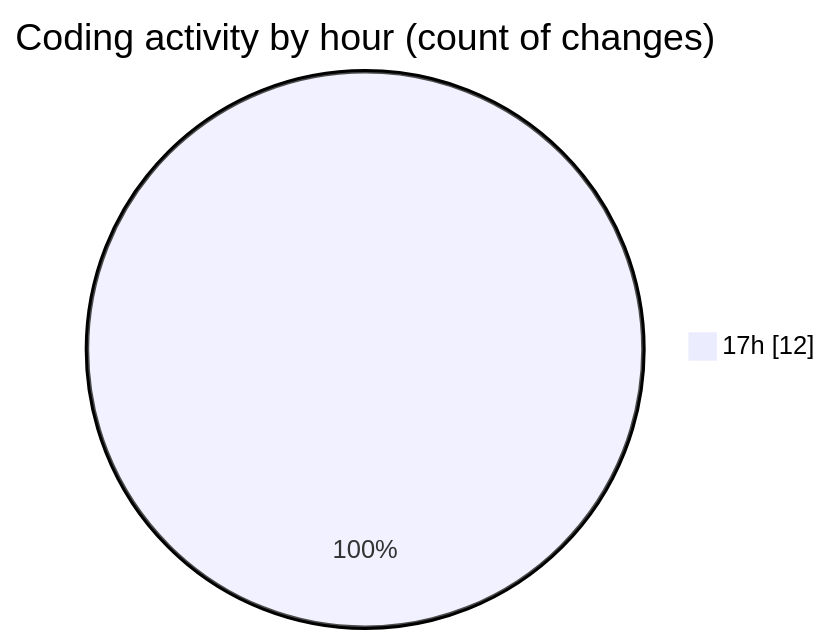
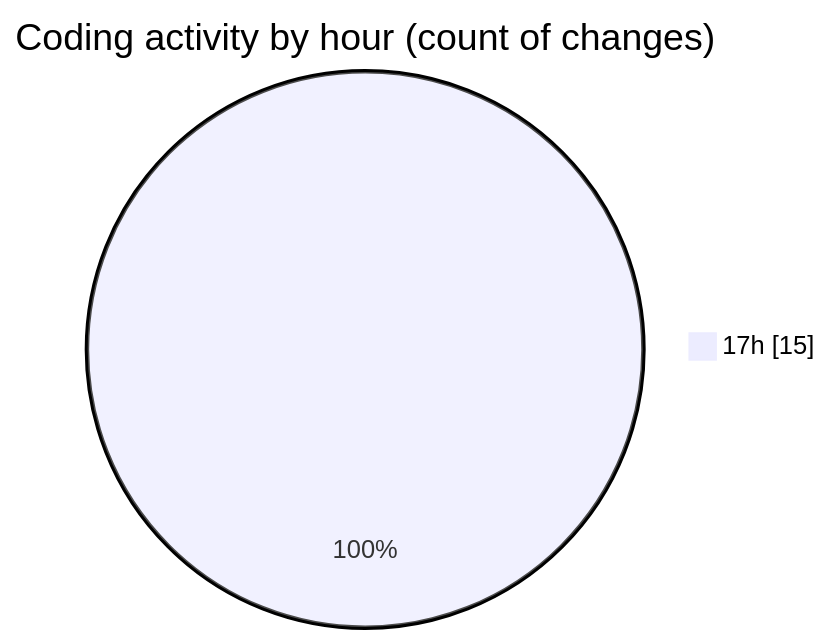
One commit to Unknowalive/code-tracking changed the second of 2 diagrams in 2026-08-27/immersive_codes/README.md. Above: the diagram before and after it, drawn with Mermaid. The commit also changed other lines of this file and 1 other file, not shown here.

````diff
--- a/2026-08-27/immersive_codes/README.md
+++ b/2026-08-27/immersive_codes/README.md
@@ -28,5 +29,5 @@
 ```mermaid
 pie showData
 title Coding activity by hour (count of changes)
-"17h" : 12
+"17h" : 15
 ```
````
